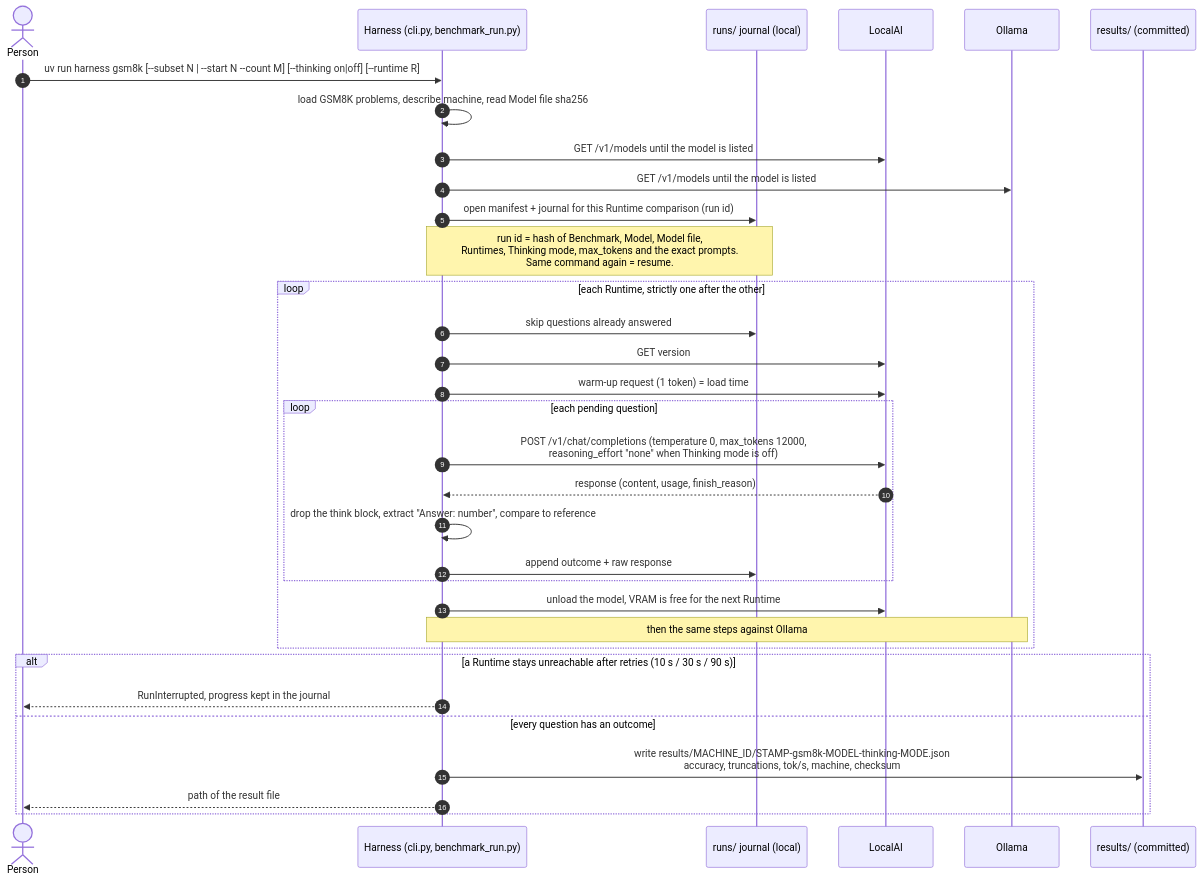
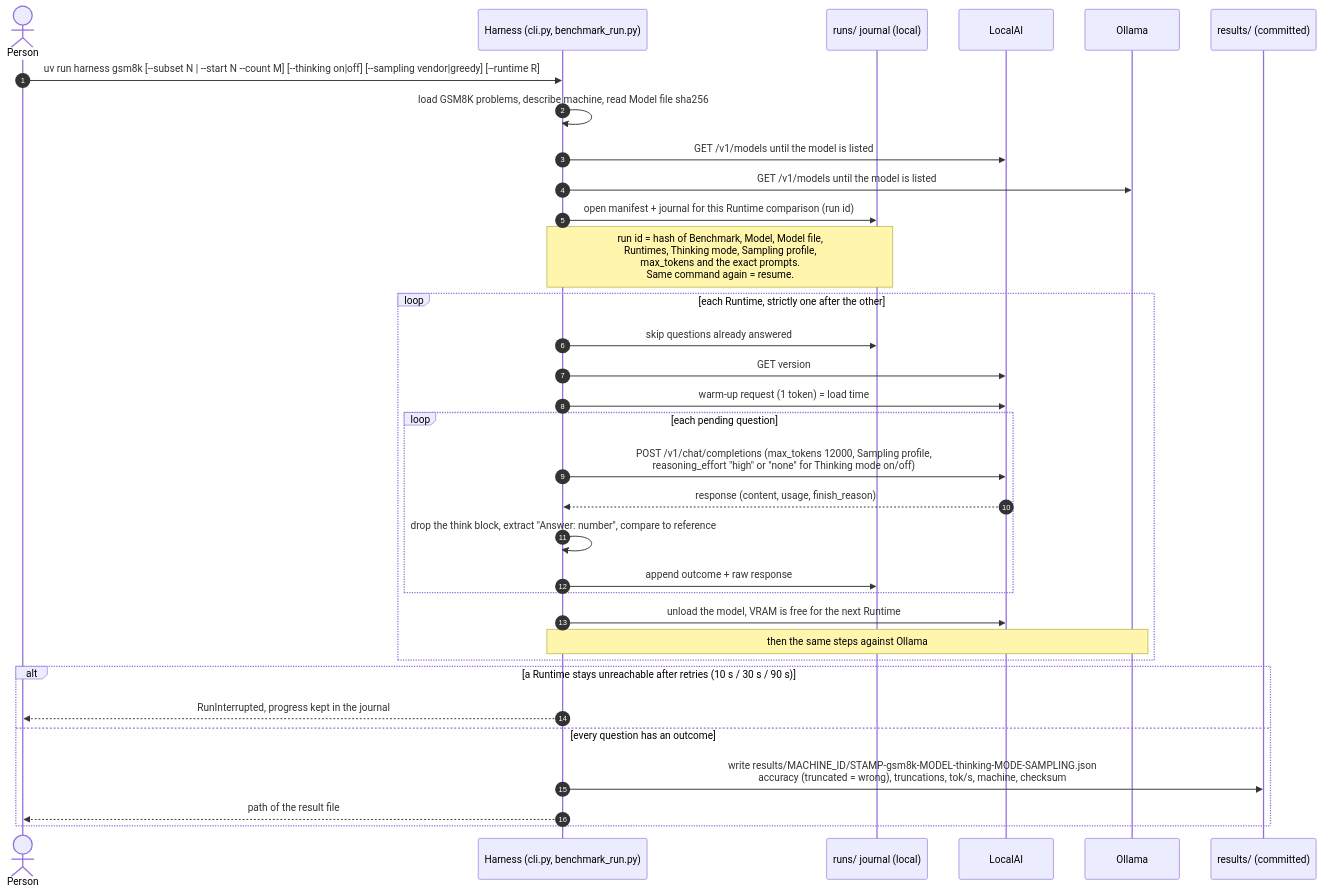
The sixth of 6 diagrams in CONTEXT.md (Isihaaaa/localai-vs-ollama), drawn with Mermaid before and after one commit. The commit also changed other lines of this file and 12 other files, not shown here.

First line of the commit message:
Pin Sampling profiles, switch Thinking mode explicitly, score truncation as wrong (#4)

````diff
--- a/CONTEXT.md
+++ b/CONTEXT.md
@@ -304,38 +308,38 @@
 ```mermaid
 sequenceDiagram
     autonumber
     actor P as Person
     participant H as Harness (cli.py, benchmark_run.py)
     participant J as runs/ journal (local)
     participant L as LocalAI
     participant O as Ollama
     participant R as results/ (committed)
 
-    P->>H: uv run harness gsm8k [--subset N | --start N --count M] [--thinking on|off] [--runtime R]
+    P->>H: uv run harness gsm8k [--subset N | --start N --count M] [--thinking on|off] [--sampling vendor|greedy] [--runtime R]
     H->>H: load GSM8K problems, describe machine, read Model file sha256
     H->>L: GET /v1/models until the model is listed
     H->>O: GET /v1/models until the model is listed
     H->>J: open manifest + journal for this Runtime comparison (run id)
-    Note over H,J: run id = hash of Benchmark, Model, Model file,<br/>Runtimes, Thinking mode, max_tokens and the exact prompts.<br/>Same command again = resume.
+    Note over H,J: run id = hash of Benchmark, Model, Model file,<br/>Runtimes, Thinking mode, Sampling profile,<br/>max_tokens and the exact prompts.<br/>Same command again = resume.
 
     loop each Runtime, strictly one after the other
         H->>J: skip questions already answered
         H->>L: GET version
         H->>L: warm-up request (1 token) = load time
         loop each pending question
-            H->>L: POST /v1/chat/completions (temperature 0, max_tokens 12000,<br/>reasoning_effort "none" when Thinking mode is off)
+            H->>L: POST /v1/chat/completions (max_tokens 12000, Sampling profile,<br/>reasoning_effort "high" or "none" for Thinking mode on/off)
             L-->>H: response (content, usage, finish_reason)
             H->>H: drop the think block, extract "Answer: number", compare to reference
             H->>J: append outcome + raw response
         end
         H->>L: unload the model, VRAM is free for the next Runtime
         Note over H,O: then the same steps against Ollama
     end
 
     alt a Runtime stays unreachable after retries (10 s / 30 s / 90 s)
         H-->>P: RunInterrupted, progress kept in the journal
     else every question has an outcome
-        H->>R: write results/MACHINE_ID/STAMP-gsm8k-MODEL-thinking-MODE.json<br/>accuracy, truncations, tok/s, machine, checksum
+        H->>R: write results/MACHINE_ID/STAMP-gsm8k-MODEL-thinking-MODE-SAMPLING.json<br/>accuracy (truncated = wrong), truncations, tok/s, machine, checksum
         H-->>P: path of the result file
     end
 ```
````
